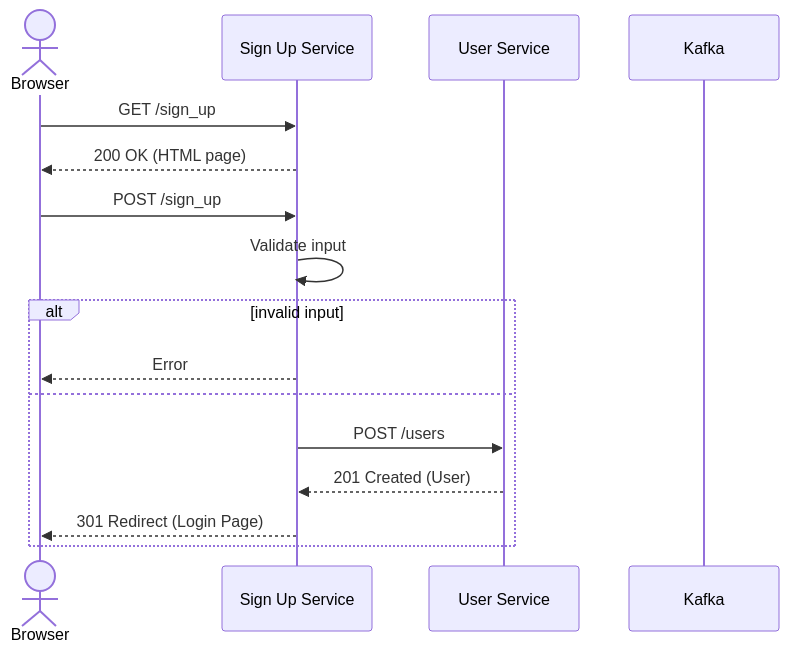
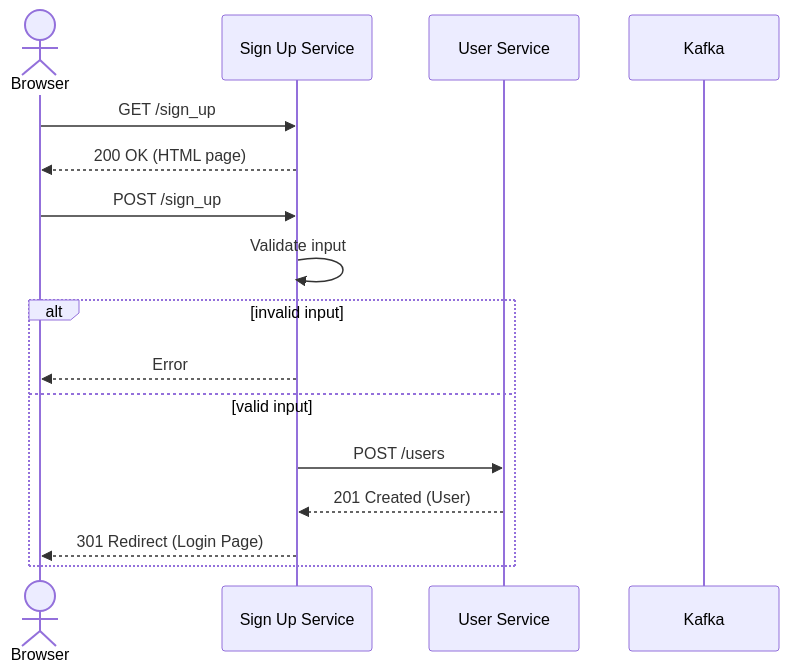
The fourth of 4 diagrams in mermaid_diagrams.md (rawandrew/diagramming), drawn with Mermaid before and after one commit. The commit also changed other lines of this file, not shown here.

Commit message:
Add a name for the else branch of the diagram.

````diff
--- a/mermaid_diagrams.md
+++ b/mermaid_diagrams.md
@@ -82,21 +82,21 @@
 ```mermaid
 sequenceDiagram
     actor Browser
     participant Sign Up Service
     participant User Service
     participant Kafka
     
     Browser ->> Sign Up Service: GET /sign_up
     Sign Up Service -->> Browser: 200 OK (HTML page)
     
     Browser ->> Sign Up Service: POST /sign_up
     Sign Up Service ->> Sign Up Service: Validate input
     
     alt invalid input
         Sign Up Service -->> Browser: Error
-    else
+    else valid input
         Sign Up Service ->> User Service: POST /users
         User Service -->> Sign Up Service: 201 Created (User)
         Sign Up Service -->> Browser: 301 Redirect (Login Page)
     end
 ```
````
